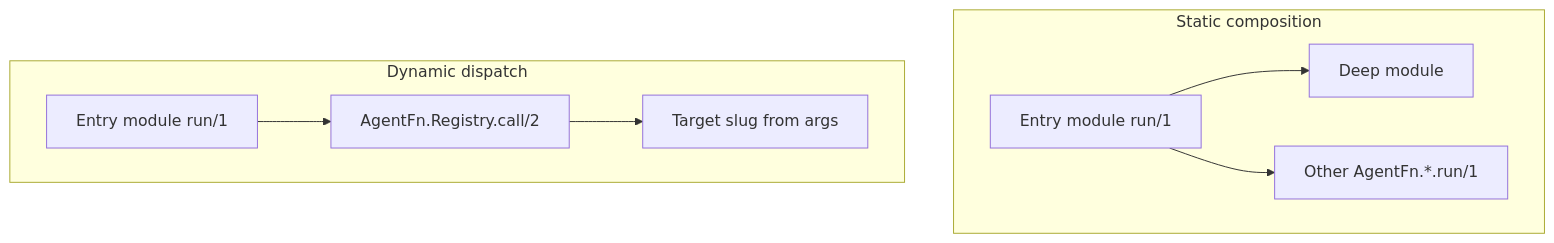
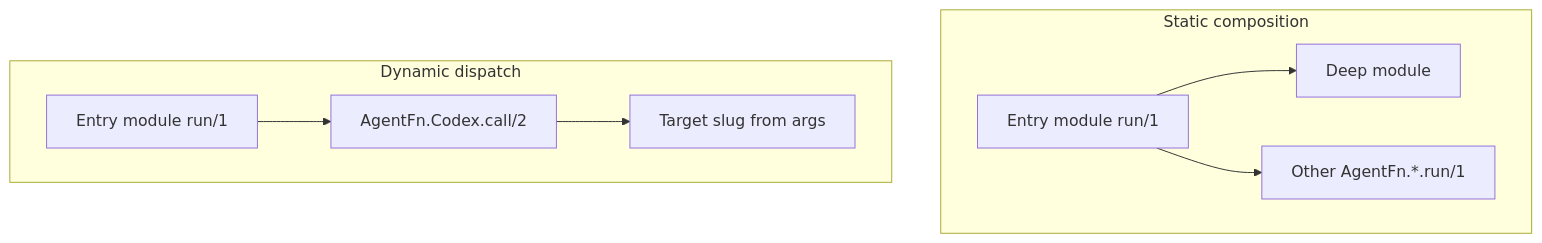
The third of 3 diagrams in docs/concepts/architecture.md (0x1d/crucible), drawn with Mermaid before and after one commit. The commit also changed other lines of this file and 37 other files, not shown here.

First line of the commit message:
refactor: rename registry to codex and cli entrypoint

````diff
--- a/docs/concepts/architecture.md
+++ b/docs/concepts/architecture.md
@@ -103,18 +103,18 @@
 ```mermaid
 flowchart TB
   subgraph static["Static composition"]
     A["Entry module run/1"]
     B["Deep module"]
     C["Other AgentFn.*.run/1"]
     A --> B
     A --> C
   end
 
   subgraph dynamic["Dynamic dispatch"]
     D["Entry module run/1"]
-    R["AgentFn.Registry.call/2"]
+    R["AgentFn.Codex.call/2"]
     T["Target slug from args"]
     D --> R
     R --> T
   end
 ```
````
